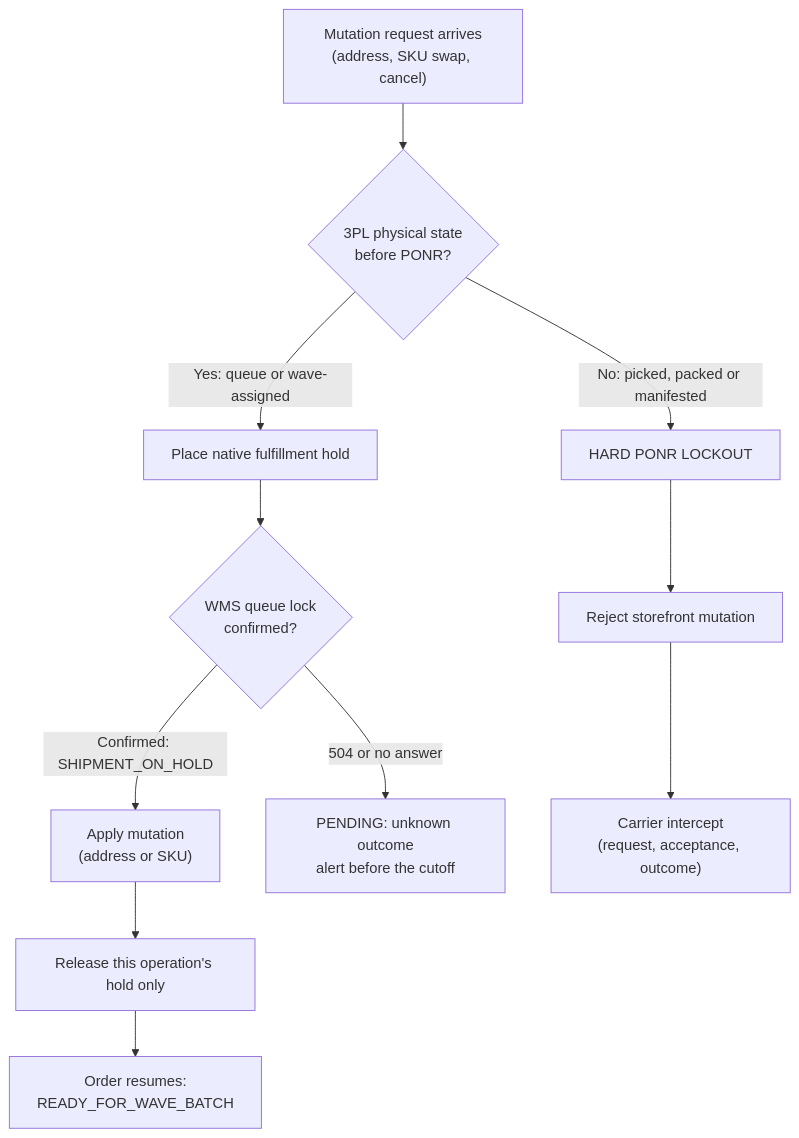
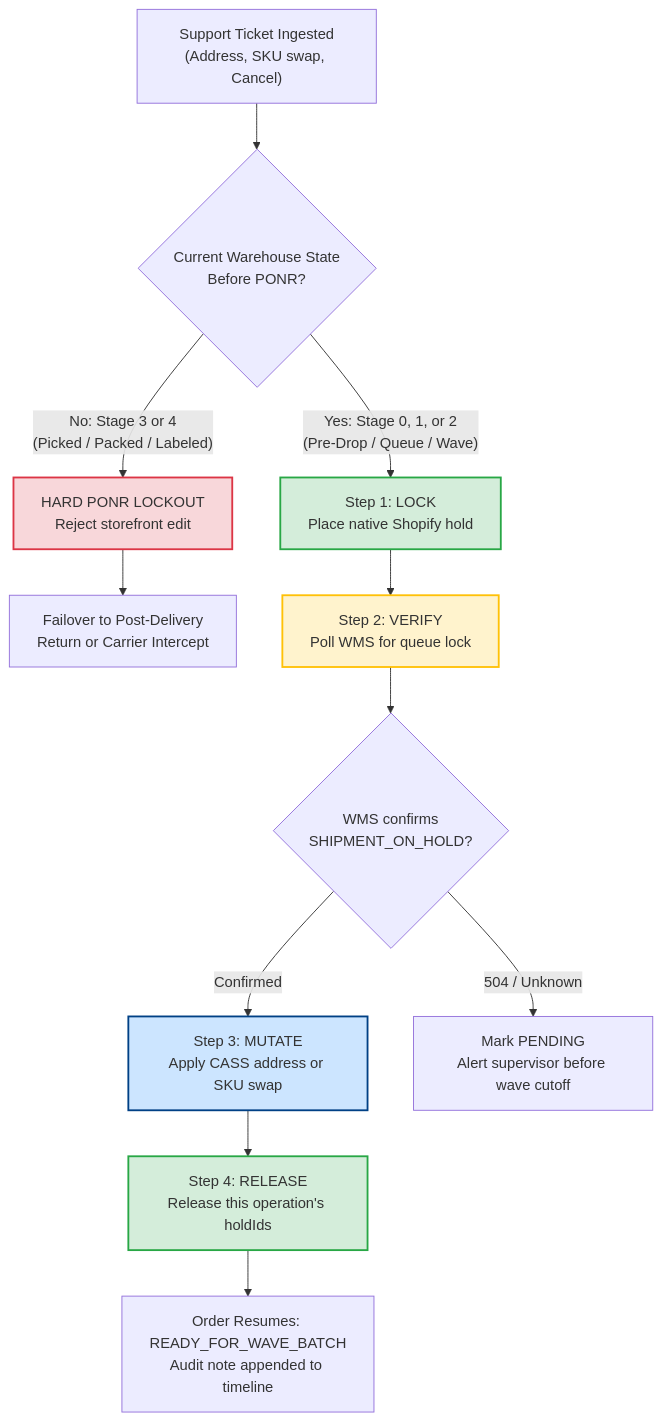
Before and after one commit to riovicsusas/portfolio: the third of 3 diagrams in master-dossiers/MasterDossier-Domain1-OrderStateMachineAndPONR.md, drawn with Mermaid. The commit also changed other lines of this file and 3 other files, not shown here.

````diff
--- a/master-dossiers/MasterDossier-Domain1-OrderStateMachineAndPONR.md
+++ b/master-dossiers/MasterDossier-Domain1-OrderStateMachineAndPONR.md
@@ -103,13 +384,23 @@
 ```mermaid
 flowchart TD
-    A["Mutation request arrives<br>(address, SKU swap, cancel)"] --> B{"3PL physical state<br>before PONR?"}
-    B -- "Yes: queue or wave-assigned" --> C["Place native fulfillment hold"]
-    C --> D{"WMS queue lock<br>confirmed?"}
-    D -- "Confirmed: SHIPMENT_ON_HOLD" --> E["Apply mutation<br>(address or SKU)"]
-    D -- "504 or no answer" --> P["PENDING: unknown outcome<br>alert before the cutoff"]
-    E --> F["Release this operation's hold only"]
-    F --> G["Order resumes:<br>READY_FOR_WAVE_BATCH"]
-    B -- "No: picked, packed or manifested" --> H["HARD PONR LOCKOUT"]
-    H --> I["Reject storefront mutation"]
-    I --> J["Carrier intercept<br>(request, acceptance, outcome)"]
+    A["Support Ticket Ingested<br>(Address, SKU swap, Cancel)"] --> B{"Current Warehouse State<br>Before PONR?"}
+    
+    B -- "No: Stage 3 or 4<br>(Picked / Packed / Labeled)" --> C["HARD PONR LOCKOUT<br>Reject storefront edit"]
+    C --> D["Failover to Post-Delivery<br>Return or Carrier Intercept"]
+
+    B -- "Yes: Stage 0, 1, or 2<br>(Pre-Drop / Queue / Wave)" --> E["Step 1: LOCK<br>Place native Shopify hold"]
+    E --> F["Step 2: VERIFY<br>Poll WMS for queue lock"]
+    
+    F --> G{"WMS confirms<br>SHIPMENT_ON_HOLD?"}
+    G -- "Confirmed" --> H["Step 3: MUTATE<br>Apply CASS address or SKU swap"]
+    G -- "504 / Unknown" --> I["Mark PENDING<br>Alert supervisor before wave cutoff"]
+    
+    H --> J["Step 4: RELEASE<br>Release this operation's holdIds"]
+    J --> K["Order Resumes: READY_FOR_WAVE_BATCH<br>Audit note appended to timeline"]
+
+    style C fill:#f8d7da,stroke:#dc3545,stroke-width:2px;
+    style E fill:#d4edda,stroke:#28a745,stroke-width:2px;
+    style F fill:#fff3cd,stroke:#ffc107,stroke-width:2px;
+    style H fill:#cce5ff,stroke:#004085,stroke-width:2px;
+    style J fill:#d4edda,stroke:#28a745,stroke-width:2px;
 ```
````
